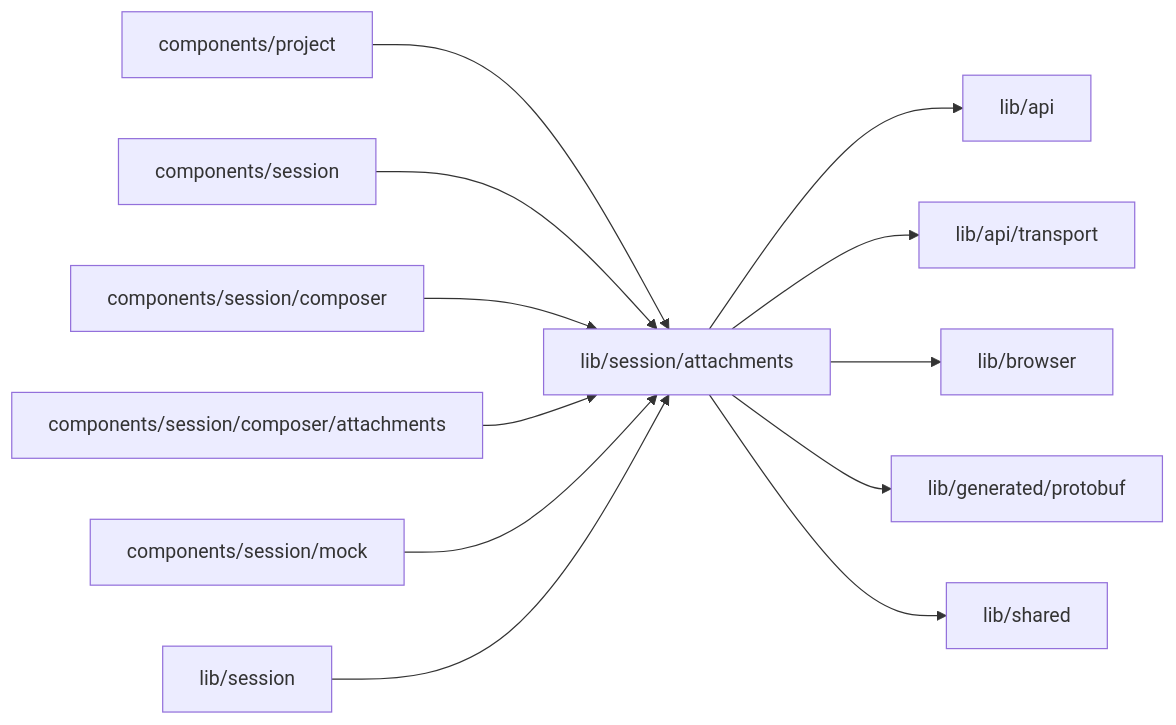
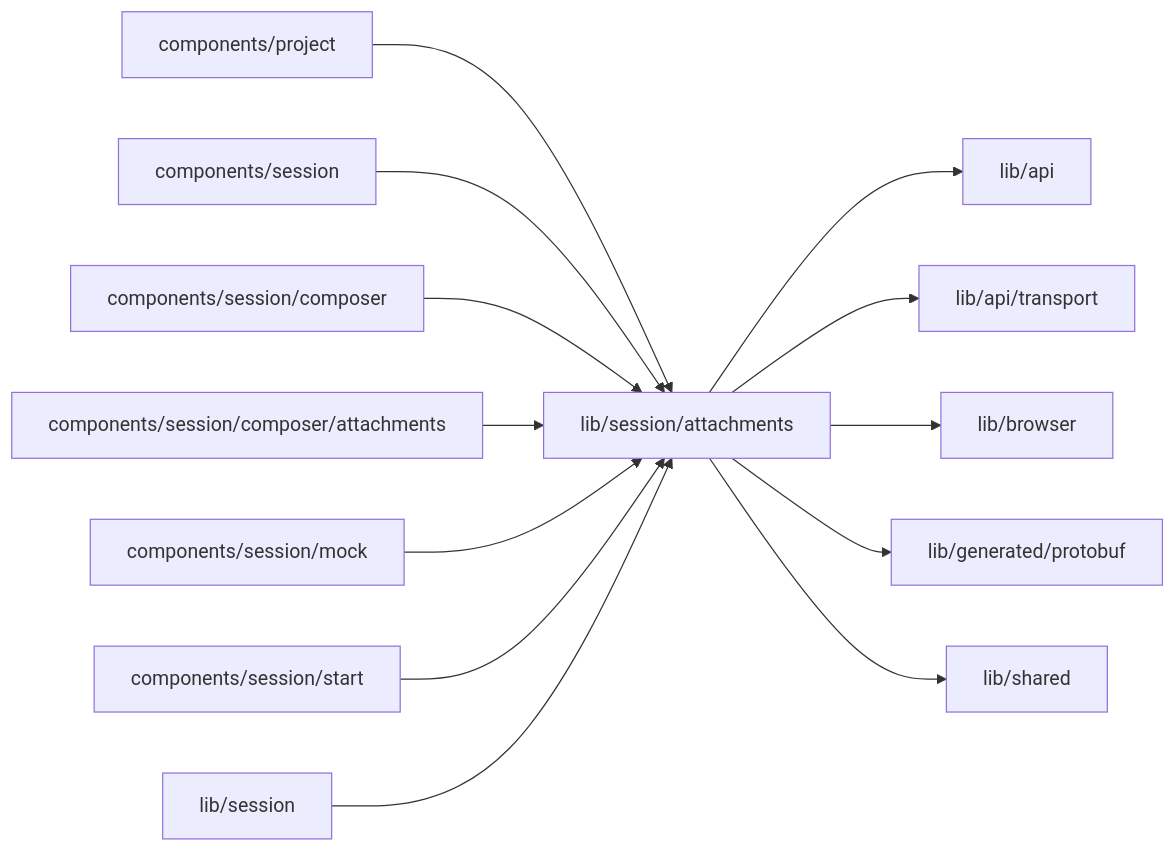
Before and after one commit to superdurable/superverse: the diagram in web/studio/lib/session/attachments/README.md, drawn with Mermaid. The commit also changed other lines of this file and 30 other files, not shown here.

````diff
--- a/web/studio/lib/session/attachments/README.md
+++ b/web/studio/lib/session/attachments/README.md
@@ -10,15 +10,16 @@
 ```mermaid
 flowchart LR
   self["lib/session/attachments"]
   c0["components/project"] --> self
   c1["components/session"] --> self
   c2["components/session/composer"] --> self
   c3["components/session/composer/attachments"] --> self
   c4["components/session/mock"] --> self
-  c5["lib/session"] --> self
+  c5["components/session/start"] --> self
+  c6["lib/session"] --> self
   self --> d0["lib/api"]
   self --> d1["lib/api/transport"]
   self --> d2["lib/browser"]
   self --> d3["lib/generated/protobuf"]
   self --> d4["lib/shared"]
 ```
````
